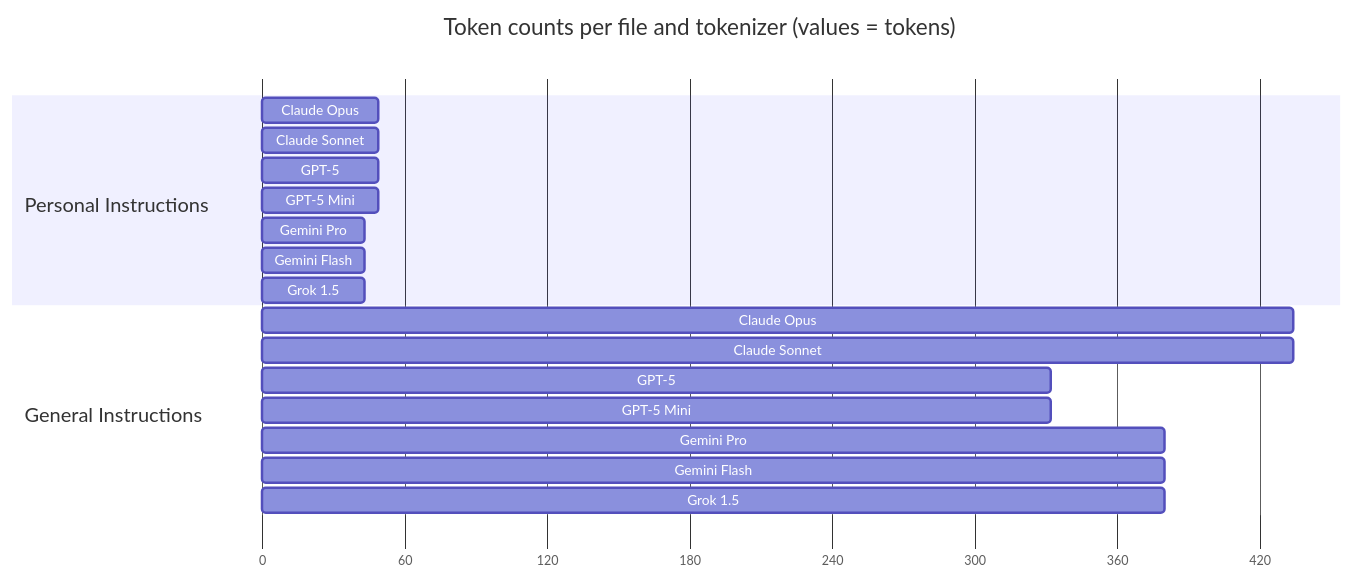
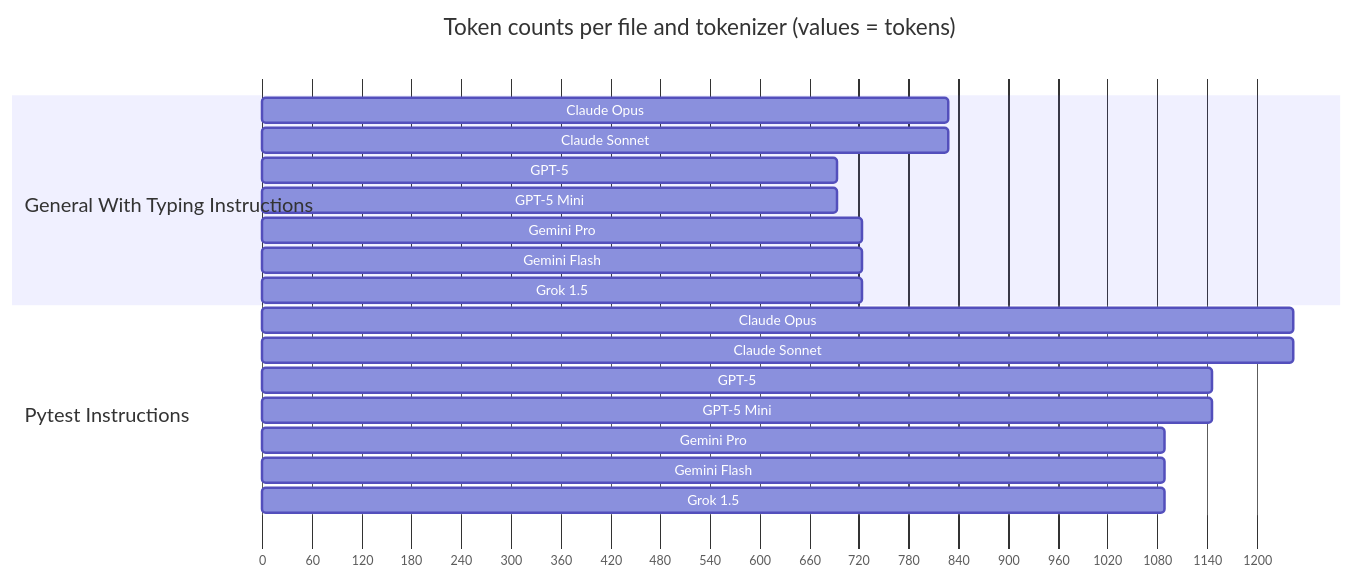
One commit to vodkar/vscode-copilot-prompts changed the diagram in languages/python/README.md. Above: the diagram before and after it, drawn with Mermaid. The commit also changed other lines of this file and 5 other files, not shown here.

Commit message:
Added workflow action to update charts dinamically

````diff
--- a/languages/python/README.md
+++ b/languages/python/README.md
@@ -7,26 +9,26 @@
 ```mermaid
 %%{init: {'gantt': {'leftPadding': 200, 'rightPadding': 75, 'topPadding': 75, 'fontSize': 11, 'sectionFontSize': 16}}}%%
 gantt
     title Token counts per file and tokenizer (values = tokens)
     dateFormat  X
     axisFormat  %s
 
-    section Personal Instructions
-    Claude Opus    : 0, 49
-    Claude Sonnet  : 0, 49
-    GPT-5          : 0, 49
-    GPT-5 Mini     : 0, 49
-    Gemini Pro     : 0, 43
-    Gemini Flash   : 0, 43
-    Grok 1.5       : 0, 43
+    section General With Typing Instructions
+    Claude Opus    : 0, 828
+    Claude Sonnet  : 0, 828
+    GPT-5          : 0, 693
+    GPT-5 Mini     : 0, 693
+    Gemini Pro     : 0, 724
+    Gemini Flash   : 0, 724
+    Grok 1.5       : 0, 724
 
-    section General Instructions
-    Claude Opus    : 0, 434
-    Claude Sonnet  : 0, 434
-    GPT-5          : 0, 332
-    GPT-5 Mini     : 0, 332
-    Gemini Pro     : 0, 380
-    Gemini Flash   : 0, 380
-    Grok 1.5       : 0, 380
+    section Pytest Instructions
+    Claude Opus    : 0, 1244
+    Claude Sonnet  : 0, 1244
+    GPT-5          : 0, 1146
+    GPT-5 Mini     : 0, 1146
+    Gemini Pro     : 0, 1088
+    Gemini Flash   : 0, 1088
+    Grok 1.5       : 0, 1088
 
 ```
````
